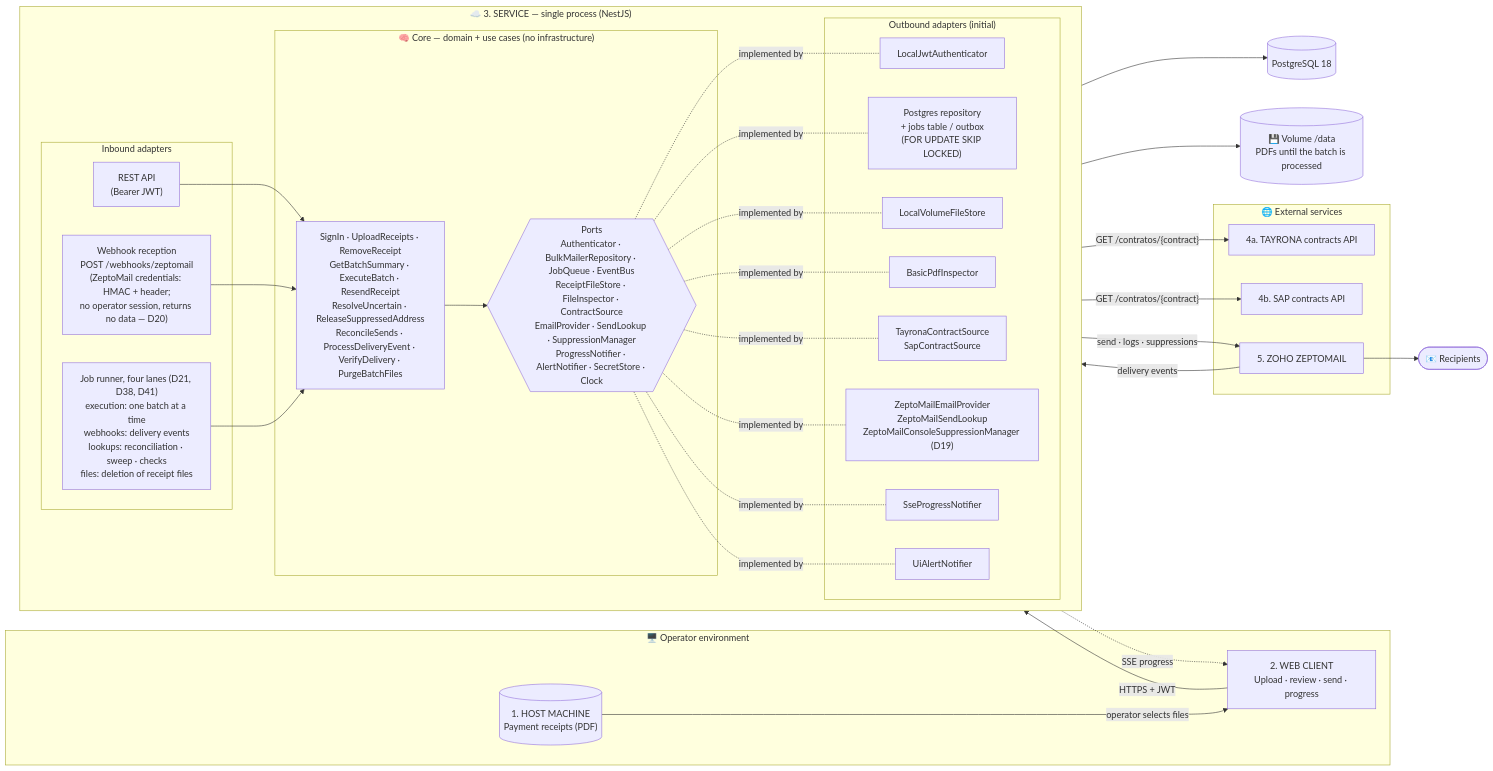
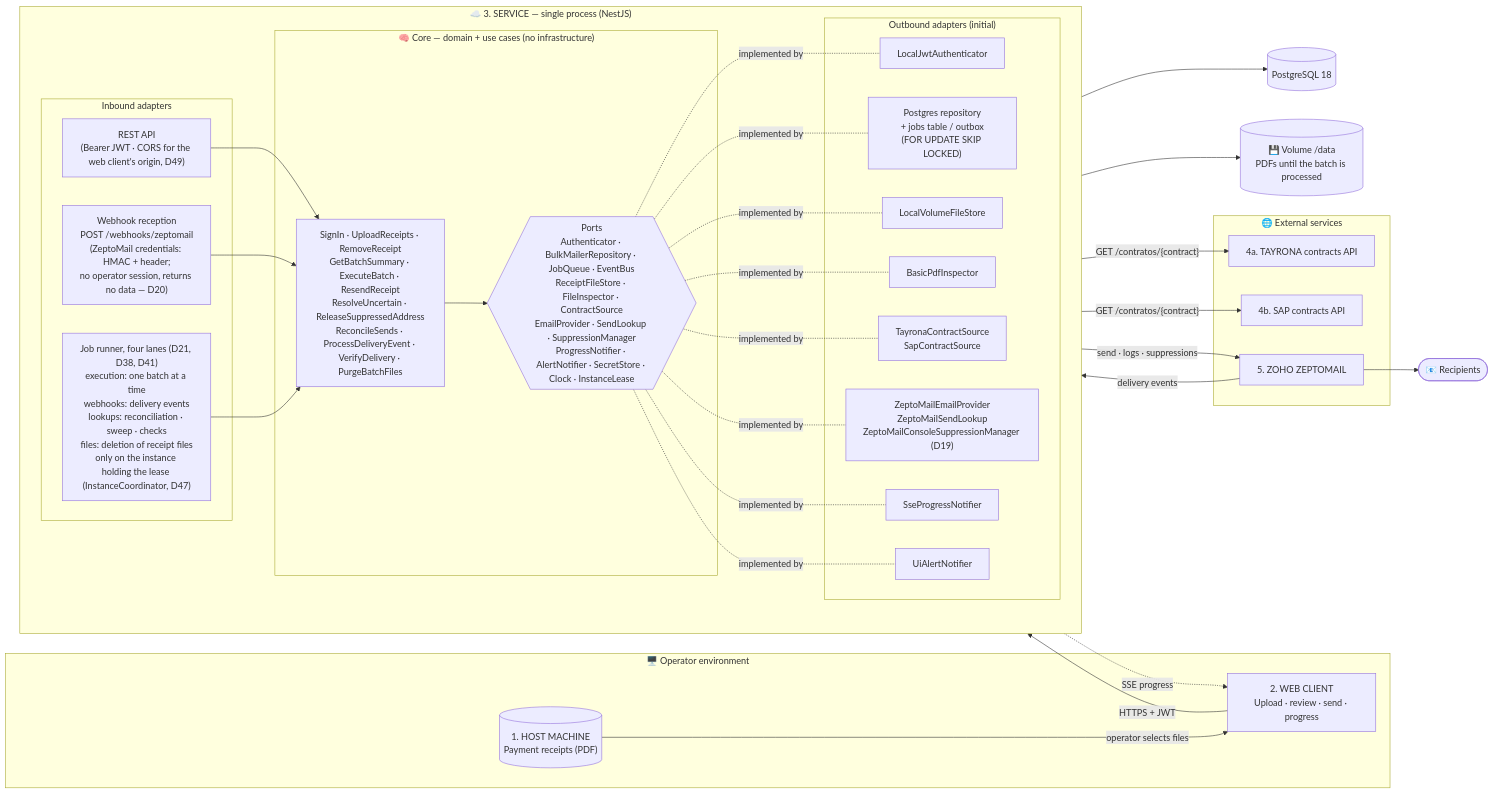
Before and after one commit to Ramioy/bulk-mailer-backend: the first of 6 diagrams in docs/architecture/arquitectura.md, drawn with Mermaid. The commit also changed other lines of this file and 2 other files, not shown here.

````diff
--- a/docs/architecture/arquitectura.md
+++ b/docs/architecture/arquitectura.md
@@ -9,54 +9,54 @@
 ```mermaid
 flowchart LR
     subgraph USR["🖥️ Operator environment"]
         HOST[("1. HOST MACHINE<br/>Payment receipts (PDF)")]
         WEB["2. WEB CLIENT<br/>Upload · review · send · progress"]
     end
 
     subgraph SVC["☁️ 3. SERVICE — single process (NestJS)"]
         direction LR
         subgraph IN["Inbound adapters"]
-            REST["REST API<br/>(Bearer JWT)"]
+            REST["REST API<br/>(Bearer JWT · CORS for the web client's origin, D49)"]
             WH["Webhook reception<br/>POST /webhooks/zeptomail<br/>(ZeptoMail credentials: HMAC + header;<br/>no operator session, returns no data — D20)"]
-            RUN["Job runner, four lanes (D21, D38, D41)<br/>execution: one batch at a time<br/>webhooks: delivery events<br/>lookups: reconciliation · sweep · checks<br/>files: deletion of receipt files"]
+            RUN["Job runner, four lanes (D21, D38, D41)<br/>execution: one batch at a time<br/>webhooks: delivery events<br/>lookups: reconciliation · sweep · checks<br/>files: deletion of receipt files<br/>only on the instance holding the lease (InstanceCoordinator, D47)"]
         end
 
         subgraph CORE["🧠 Core — domain + use cases (no infrastructure)"]
             UC["SignIn · UploadReceipts · RemoveReceipt<br/>GetBatchSummary · ExecuteBatch · ResendReceipt<br/>ResolveUncertain · ReleaseSuppressedAddress<br/>ReconcileSends · ProcessDeliveryEvent · VerifyDelivery · PurgeBatchFiles"]
-            PORTS{{"Ports<br/>Authenticator · BulkMailerRepository · JobQueue · EventBus<br/>ReceiptFileStore · FileInspector · ContractSource<br/>EmailProvider · SendLookup · SuppressionManager<br/>ProgressNotifier · AlertNotifier · SecretStore · Clock"}}
+            PORTS{{"Ports<br/>Authenticator · BulkMailerRepository · JobQueue · EventBus<br/>ReceiptFileStore · FileInspector · ContractSource<br/>EmailProvider · SendLookup · SuppressionManager<br/>ProgressNotifier · AlertNotifier · SecretStore · Clock · InstanceLease"}}
         end
 
         subgraph OUT["Outbound adapters (initial)"]
             A_AUTH["LocalJwtAuthenticator"]
             A_PG["Postgres repository<br/>+ jobs table / outbox<br/>(FOR UPDATE SKIP LOCKED)"]
             A_FS["LocalVolumeFileStore"]
             A_INS["BasicPdfInspector"]
             A_SRC["TayronaContractSource<br/>SapContractSource"]
             A_ZM["ZeptoMailEmailProvider<br/>ZeptoMailSendLookup<br/>ZeptoMailConsoleSuppressionManager (D19)"]
             A_SSE["SseProgressNotifier"]
             A_AL["UiAlertNotifier"]
         end
     end
 
     PG[("PostgreSQL 18")]
     VOL[("💾 Volume /data<br/>PDFs until the batch is processed")]
 
     subgraph EXT["🌐 External services"]
         TAY["4a. TAYRONA contracts API"]
         SAP["4b. SAP contracts API"]
         ZM["5. ZOHO ZEPTOMAIL"]
     end
     DEST(["📧 Recipients"])
 
     HOST -- "operator selects files" --> WEB
     WEB -- "HTTPS + JWT" --> REST
     A_SSE -. "SSE progress" .-> WEB
     ZM -- "delivery events" --> WH
     REST & WH & RUN --> UC --> PORTS
     PORTS -.implemented by.- A_AUTH & A_PG & A_FS & A_INS & A_SRC & A_ZM & A_SSE & A_AL
     A_PG --> PG
     A_FS --> VOL
     A_SRC -- "GET /contratos/{contract}" --> TAY & SAP
     A_ZM -- "send · logs · suppressions" --> ZM
     ZM --> DEST
 ```
````
